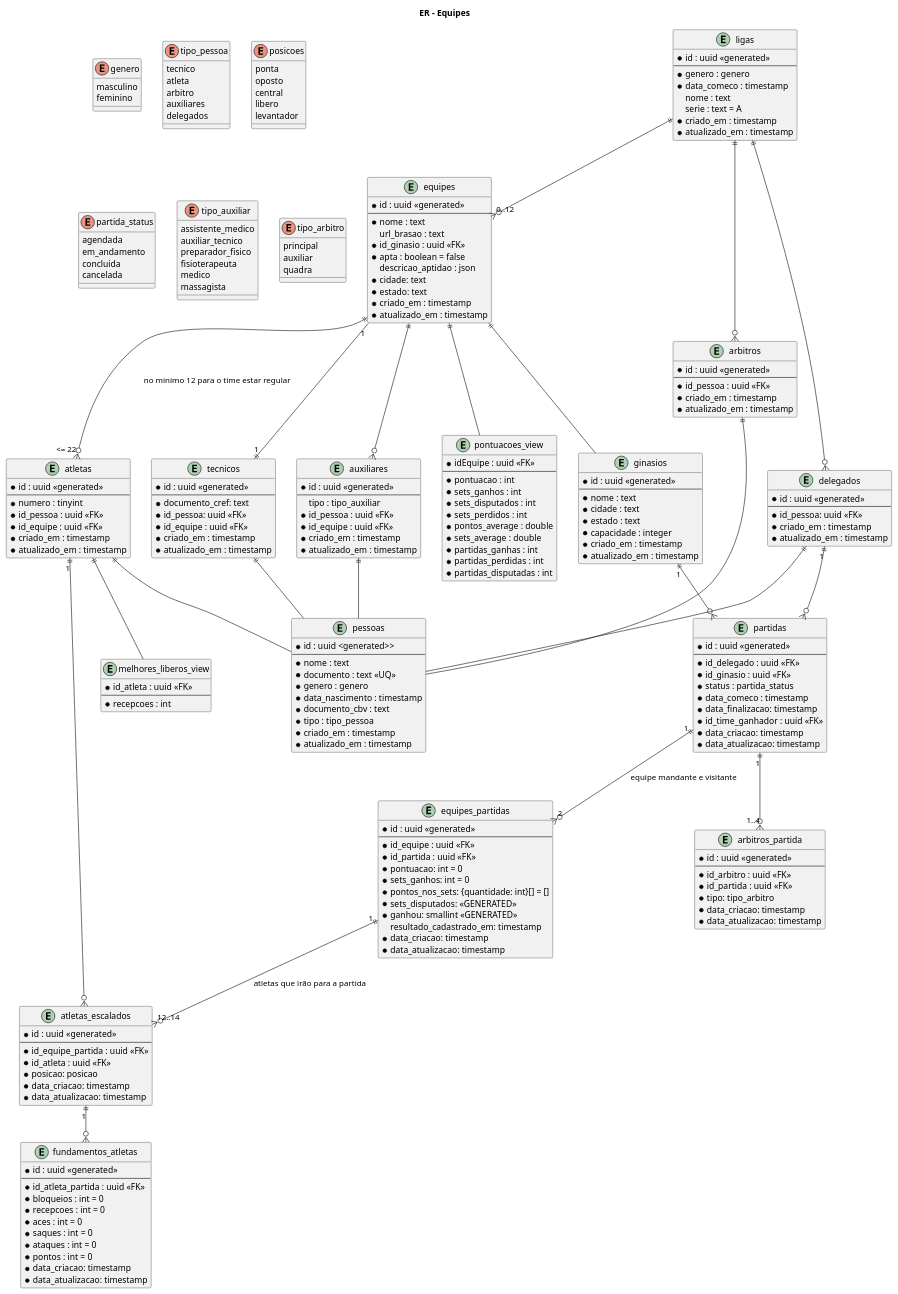
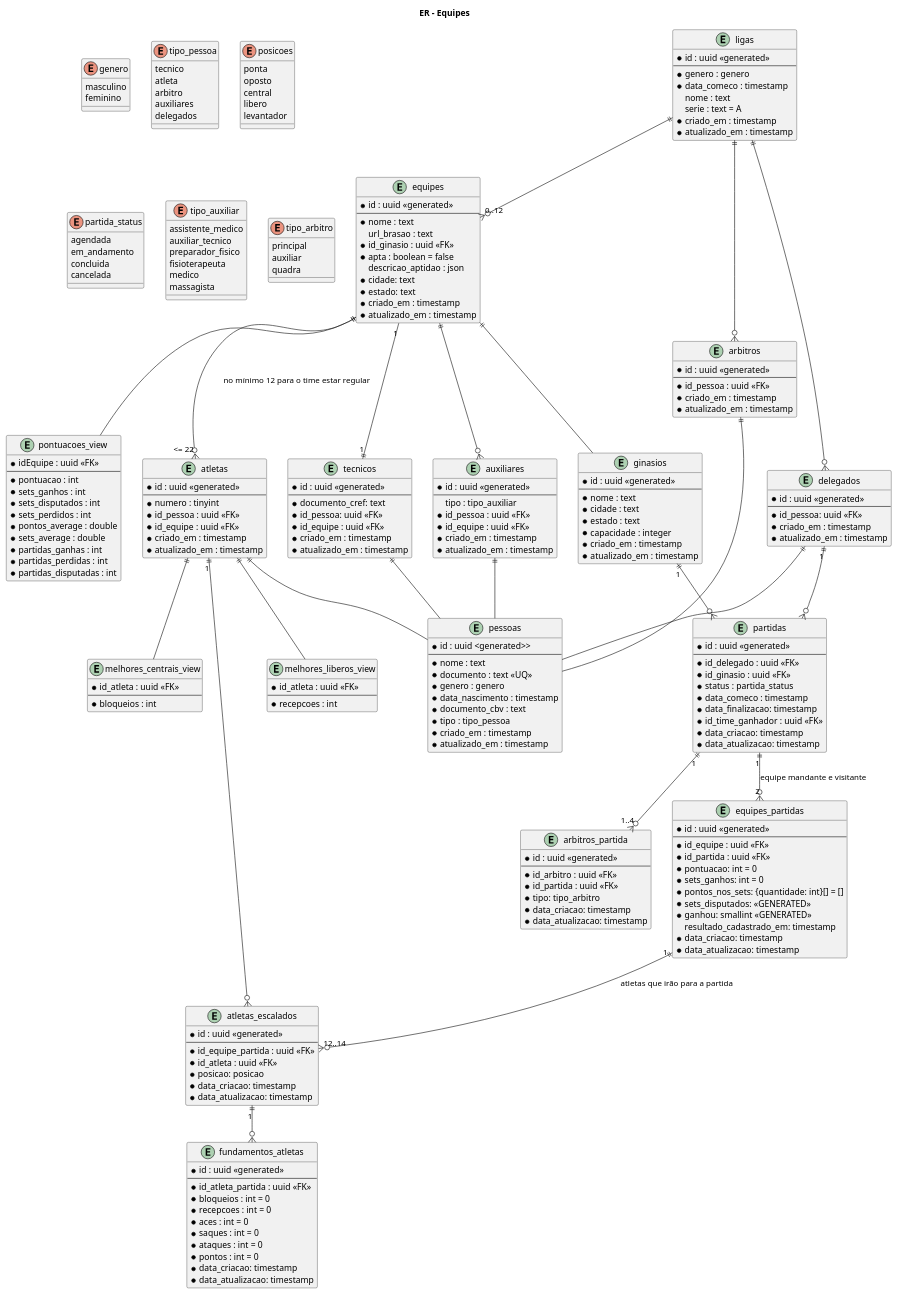
The diagram in documentation/volei.puml (josecleiton/volleyball-api), drawn with PlantUML before and after one commit. The commit also changed 1 other file, not shown here.

Commit message:
docs: atualiza com melhores_centrais_view

```diff
--- a/documentation/volei.puml
+++ b/documentation/volei.puml
@@ -223,6 +223,12 @@
 	* recepcoes : int
 }
 
+entity melhores_centrais_view {
+	* id_atleta : uuid <<FK>>
+	--
+	* bloqueios : int
+}
+
 ligas ||--o{ "0..12" equipes
 ligas ||--o{ arbitros
 ligas ||--o{ delegados
@@ -240,6 +246,7 @@
 atletas_escalados "1" ||--o{ fundamentos_atletas
 
 atletas ||-- melhores_liberos_view
+atletas ||-- melhores_centrais_view
 
 
 atletas ||-- pessoas
```
